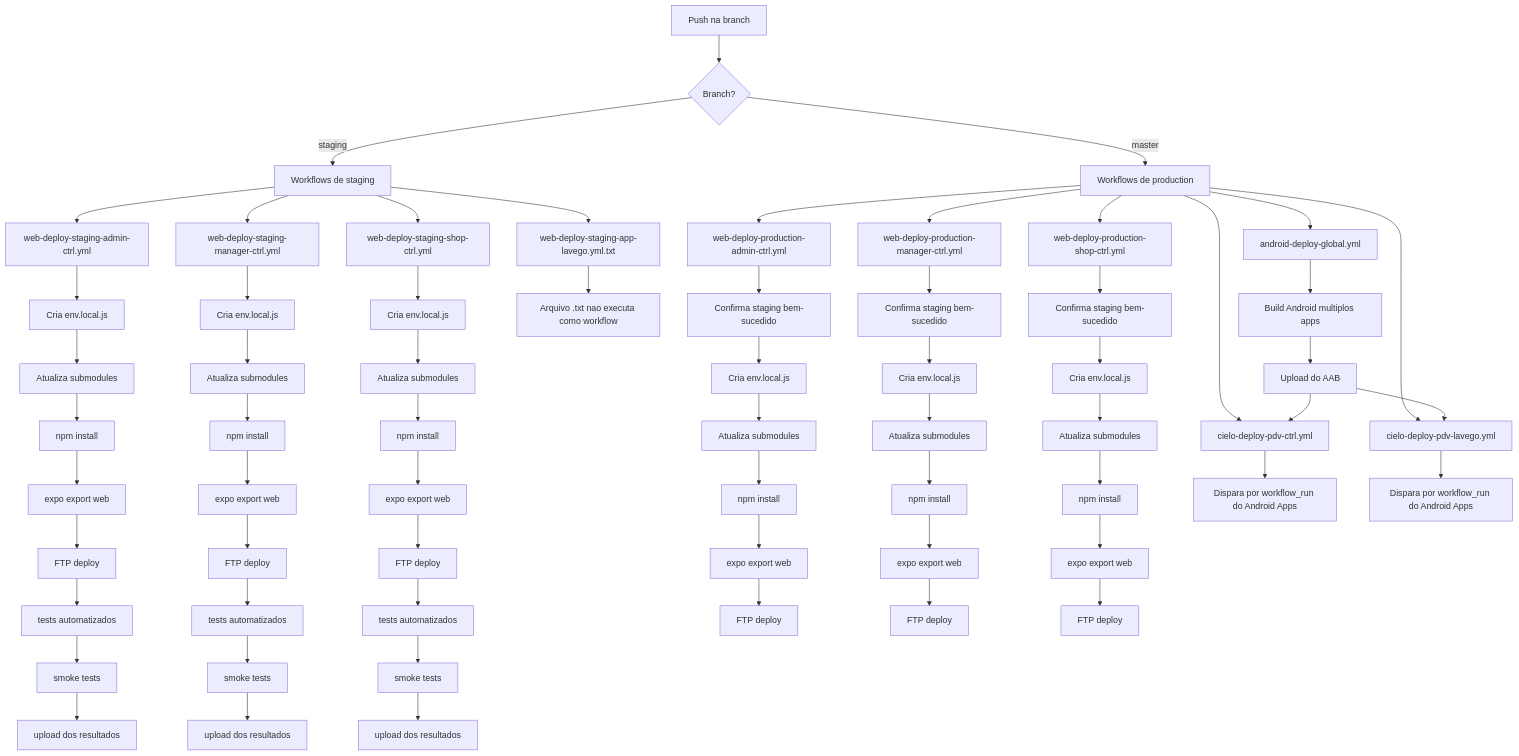
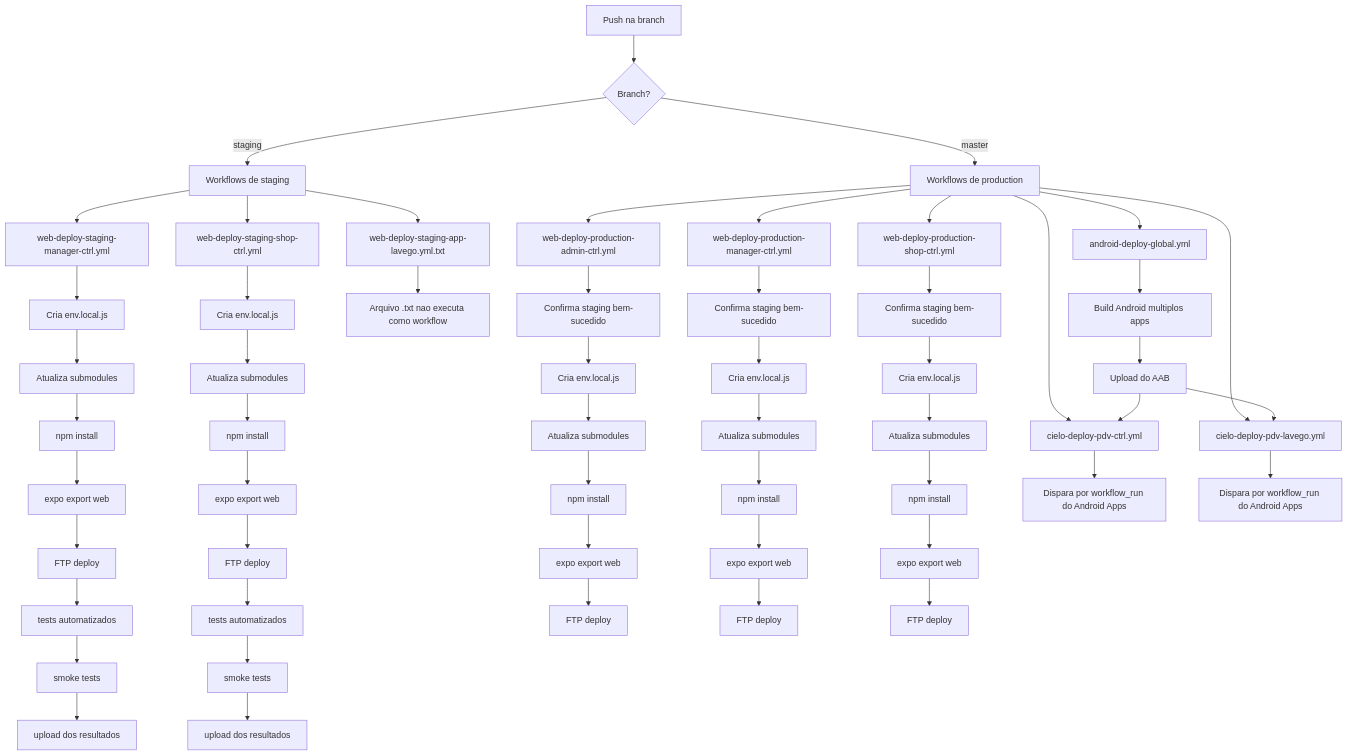
Before and after one commit to ControleOnline/app-community: the diagram in DOCS/PushTrigger.md, drawn with Mermaid. The commit also changed other lines of this file and 3 other files, not shown here.

Commit message:
fix(web): remove admin staging deploy

````diff
--- a/DOCS/PushTrigger.md
+++ b/DOCS/PushTrigger.md
@@ -5,79 +5,69 @@
 ```mermaid
 flowchart TD
   A[Push na branch] --> B{Branch?}
 
   B -->|staging| S[Workflows de staging]
   B -->|master| M[Workflows de production]
 
   %% STAGING
-  S --> S1[web-deploy-staging-admin-ctrl.yml]
-  S --> S2[web-deploy-staging-manager-ctrl.yml]
-  S --> S3[web-deploy-staging-shop-ctrl.yml]
-  S --> S4[web-deploy-staging-app-lavego.yml.txt]
+  S --> S1[web-deploy-staging-manager-ctrl.yml]
+  S --> S2[web-deploy-staging-shop-ctrl.yml]
+  S --> S3[web-deploy-staging-app-lavego.yml.txt]
 
   S1 --> S1a[Cria env.local.js]
   S1a --> S1b[Atualiza submodules]
   S1b --> S1c[npm install]
   S1c --> S1d[expo export web]
   S1d --> S1e[FTP deploy]
   S1e --> S1f[tests automatizados]
   S1f --> S1g[smoke tests]
   S1g --> S1h[upload dos resultados]
 
   S2 --> S2a[Cria env.local.js]
   S2a --> S2b[Atualiza submodules]
   S2b --> S2c[npm install]
   S2c --> S2d[expo export web]
   S2d --> S2e[FTP deploy]
   S2e --> S2f[tests automatizados]
   S2f --> S2g[smoke tests]
   S2g --> S2h[upload dos resultados]
 
-  S3 --> S3a[Cria env.local.js]
-  S3a --> S3b[Atualiza submodules]
-  S3b --> S3c[npm install]
-  S3c --> S3d[expo export web]
-  S3d --> S3e[FTP deploy]
-  S3e --> S3f[tests automatizados]
-  S3f --> S3g[smoke tests]
-  S3g --> S3h[upload dos resultados]
-
-  S4 --> S4a[Arquivo .txt nao executa como workflow]
+  S3 --> S3a[Arquivo .txt nao executa como workflow]
 
   %% MASTER
   M --> M1[web-deploy-production-admin-ctrl.yml]
   M --> M2[web-deploy-production-manager-ctrl.yml]
   M --> M3[web-deploy-production-shop-ctrl.yml]
   M --> M4[android-deploy-global.yml]
   M --> M5[cielo-deploy-pdv-ctrl.yml]
   M --> M6[cielo-deploy-pdv-lavego.yml]
 
   M1 --> M1a[Confirma staging bem-sucedido]
   M1a --> M1b[Cria env.local.js]
   M1b --> M1c[Atualiza submodules]
   M1c --> M1d[npm install]
   M1d --> M1e[expo export web]
   M1e --> M1f[FTP deploy]
 
   M2 --> M2a[Confirma staging bem-sucedido]
   M2a --> M2b[Cria env.local.js]
   M2b --> M2c[Atualiza submodules]
   M2c --> M2d[npm install]
   M2d --> M2e[expo export web]
   M2e --> M2f[FTP deploy]
 
   M3 --> M3a[Confirma staging bem-sucedido]
   M3a --> M3b[Cria env.local.js]
   M3b --> M3c[Atualiza submodules]
   M3c --> M3d[npm install]
   M3d --> M3e[expo export web]
   M3e --> M3f[FTP deploy]
 
   M4 --> M4a[Build Android multiplos apps]
   M4a --> M4b[Upload do AAB]
   M4b --> M5
   M4b --> M6
 
   M5 --> M5a[Dispara por workflow_run do Android Apps]
   M6 --> M6a[Dispara por workflow_run do Android Apps]
 ```
````
